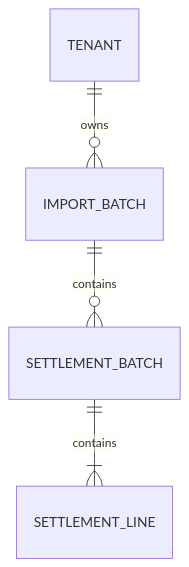
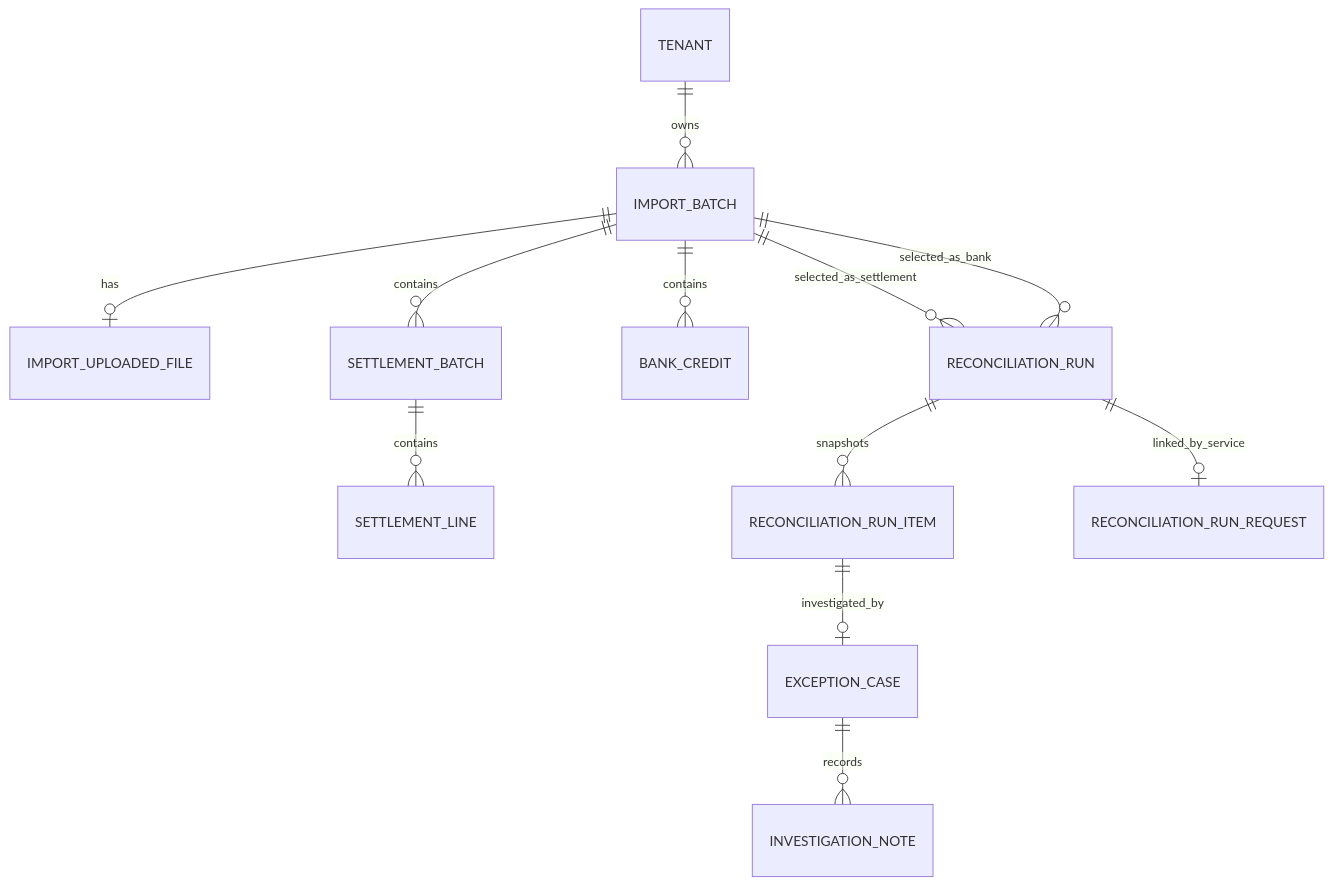
One commit to Suyog-S-Kulkarni/reconbridge changed the second of 2 diagrams in README.md. Above: the diagram before and after it, drawn with Mermaid. The commit also changed other lines of this file, not shown here.

````diff
--- a/README.md
+++ b/README.md
@@ -310,6 +529,14 @@
 ```mermaid
 erDiagram
     TENANT ||--o{ IMPORT_BATCH : owns
+    IMPORT_BATCH ||--o| IMPORT_UPLOADED_FILE : has
     IMPORT_BATCH ||--o{ SETTLEMENT_BATCH : contains
-    SETTLEMENT_BATCH ||--|{ SETTLEMENT_LINE : contains
+    SETTLEMENT_BATCH ||--o{ SETTLEMENT_LINE : contains
+    IMPORT_BATCH ||--o{ BANK_CREDIT : contains
+    IMPORT_BATCH ||--o{ RECONCILIATION_RUN : selected_as_settlement
+    IMPORT_BATCH ||--o{ RECONCILIATION_RUN : selected_as_bank
+    RECONCILIATION_RUN ||--o{ RECONCILIATION_RUN_ITEM : snapshots
+    RECONCILIATION_RUN ||--o| RECONCILIATION_RUN_REQUEST : linked_by_service
+    RECONCILIATION_RUN_ITEM ||--o| EXCEPTION_CASE : investigated_by
+    EXCEPTION_CASE ||--o{ INVESTIGATION_NOTE : records
 ```
````
